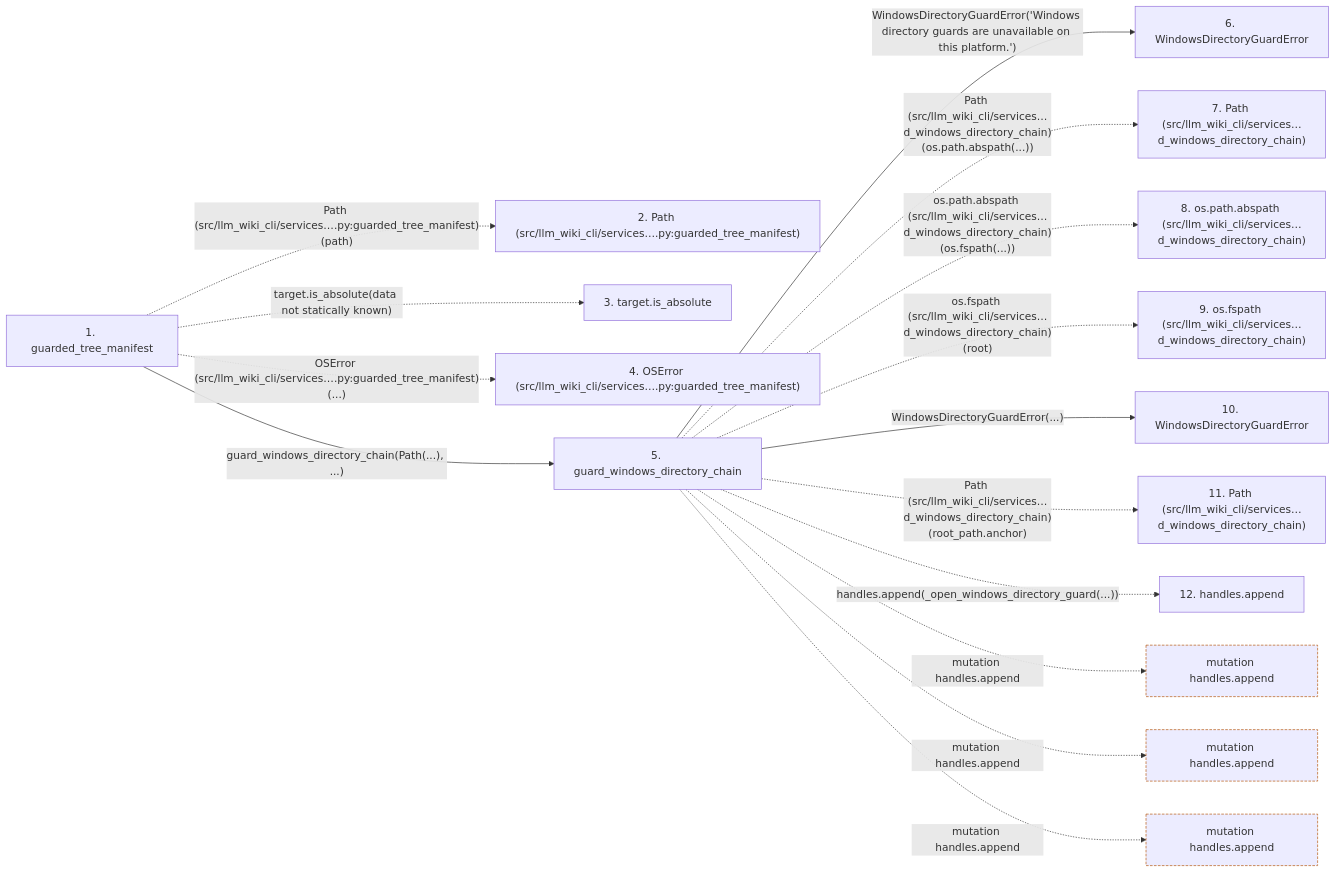
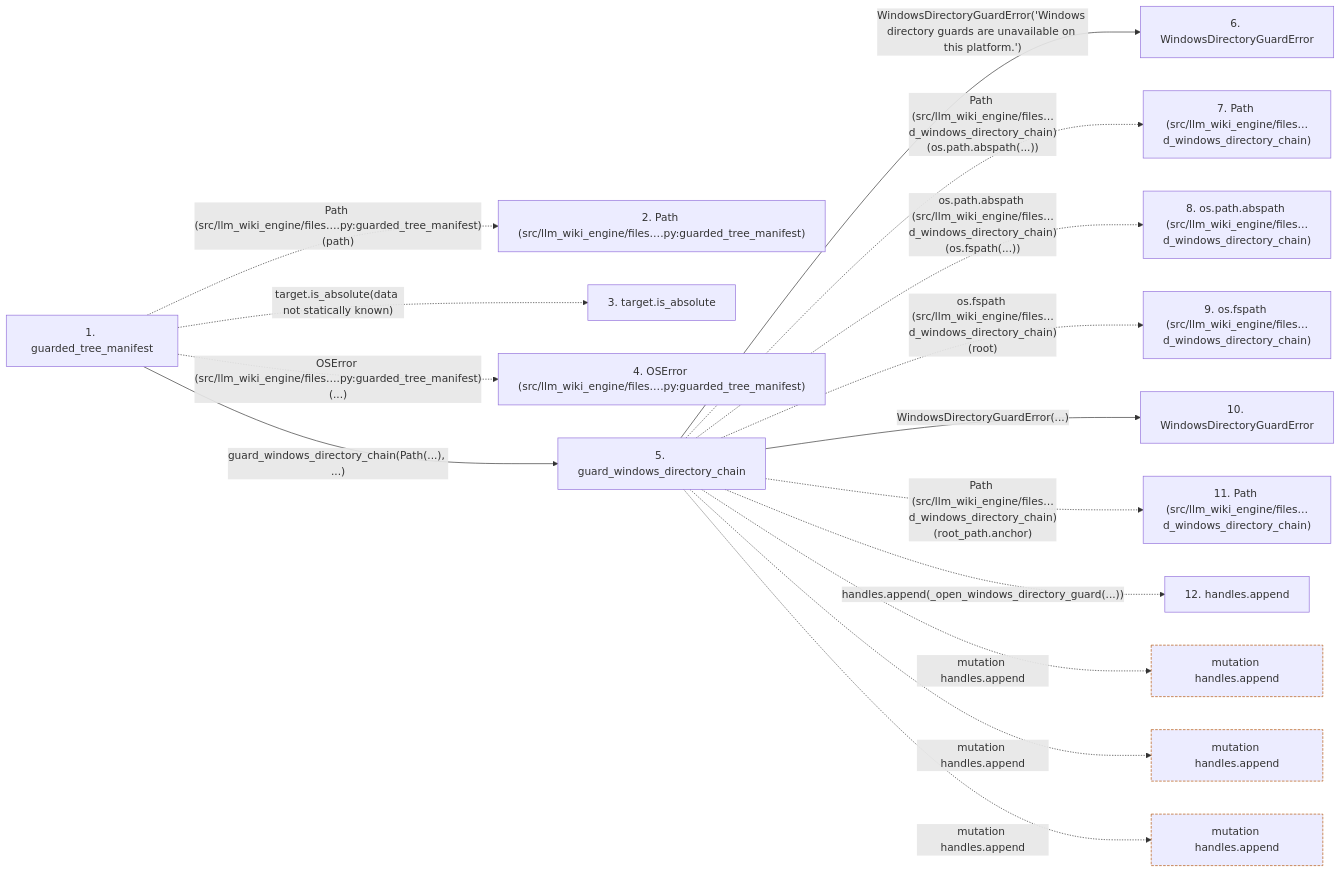
One commit to Denissvgn/python-wiki-llm changed the second of 2 diagrams in docs/llm_wiki/flows/api-guarded_tree_manifest.md. Above: the diagram before and after it, drawn with Mermaid. The commit also changed other lines of this file and 739 other files, not shown here.

First line of the commit message:
docs: refresh the wiki for the second engine batch

````diff
--- a/docs/llm_wiki/flows/api-guarded_tree_manifest.md
+++ b/docs/llm_wiki/flows/api-guarded_tree_manifest.md
@@ -126,40 +126,40 @@
 ```mermaid
 flowchart LR
     s1["1. guarded_tree_manifest"]
-    s2["2. Path (src/llm_wiki_cli/services….py:guarded_tree_manifest)"]
+    s2["2. Path (src/llm_wiki_engine/files….py:guarded_tree_manifest)"]
     s3["3. target.is_absolute"]
-    s4["4. OSError (src/llm_wiki_cli/services….py:guarded_tree_manifest)"]
+    s4["4. OSError (src/llm_wiki_engine/files….py:guarded_tree_manifest)"]
     s5["5. guard_windows_directory_chain"]
     s6["6. WindowsDirectoryGuardError"]
-    s7["7. Path (src/llm_wiki_cli/services…d_windows_directory_chain)"]
-    s8["8. os.path.abspath (src/llm_wiki_cli/services…d_windows_directory_chain)"]
-    s9["9. os.fspath (src/llm_wiki_cli/services…d_windows_directory_chain)"]
+    s7["7. Path (src/llm_wiki_engine/files…d_windows_directory_chain)"]
+    s8["8. os.path.abspath (src/llm_wiki_engine/files…d_windows_directory_chain)"]
+    s9["9. os.fspath (src/llm_wiki_engine/files…d_windows_directory_chain)"]
     s10["10. WindowsDirectoryGuardError"]
-    s11["11. Path (src/llm_wiki_cli/services…d_windows_directory_chain)"]
+    s11["11. Path (src/llm_wiki_engine/files…d_windows_directory_chain)"]
     s12["12. handles.append"]
-    s1 -. "Path (src/llm_wiki_cli/services….py:guarded_tree_manifest)(path)" .-> s2
+    s1 -. "Path (src/llm_wiki_engine/files….py:guarded_tree_manifest)(path)" .-> s2
     s1 -. "target.is_absolute(data not statically known)" .-> s3
-    s1 -. "OSError (src/llm_wiki_cli/services….py:guarded_tree_manifest)(...)" .-> s4
+    s1 -. "OSError (src/llm_wiki_engine/files….py:guarded_tree_manifest)(...)" .-> s4
     s1 -->|"guard_windows_directory_chain(Path(...), ...)"| s5
     s5 -->|"WindowsDirectoryGuardError('Windows directory guards are unavailable on this platform.')"| s6
-    s5 -. "Path (src/llm_wiki_cli/services…d_windows_directory_chain)(os.path.abspath(...))" .-> s7
-    s5 -. "os.path.abspath (src/llm_wiki_cli/services…d_windows_directory_chain)(os.fspath(...))" .-> s8
-    s5 -. "os.fspath (src/llm_wiki_cli/services…d_windows_directory_chain)(root)" .-> s9
+    s5 -. "Path (src/llm_wiki_engine/files…d_windows_directory_chain)(os.path.abspath(...))" .-> s7
+    s5 -. "os.path.abspath (src/llm_wiki_engine/files…d_windows_directory_chain)(os.fspath(...))" .-> s8
+    s5 -. "os.fspath (src/llm_wiki_engine/files…d_windows_directory_chain)(root)" .-> s9
     s5 -->|"WindowsDirectoryGuardError(...)"| s10
-    s5 -. "Path (src/llm_wiki_cli/services…d_windows_directory_chain)(root_path.anchor)" .-> s11
+    s5 -. "Path (src/llm_wiki_engine/files…d_windows_directory_chain)(root_path.anchor)" .-> s11
     s5 -. "handles.append(_open_windows_directory_guard(...))" .-> s12
     b0["mutation handles.append"]
     s5 -. "mutation handles.append" .-> b0
     b1["mutation handles.append"]
     s5 -. "mutation handles.append" .-> b1
     b2["mutation handles.append"]
     s5 -. "mutation handles.append" .-> b2
     click s1 "../modules/filesystem_guard.md"
     click s5 "../modules/filesystem_guard.md"
     click s6 "../modules/filesystem_guard.md"
     click s10 "../modules/filesystem_guard.md"
     classDef boundary stroke:#b45309,stroke-dasharray: 4 2
     class b0 boundary
     class b1 boundary
     class b2 boundary
 ```
````
